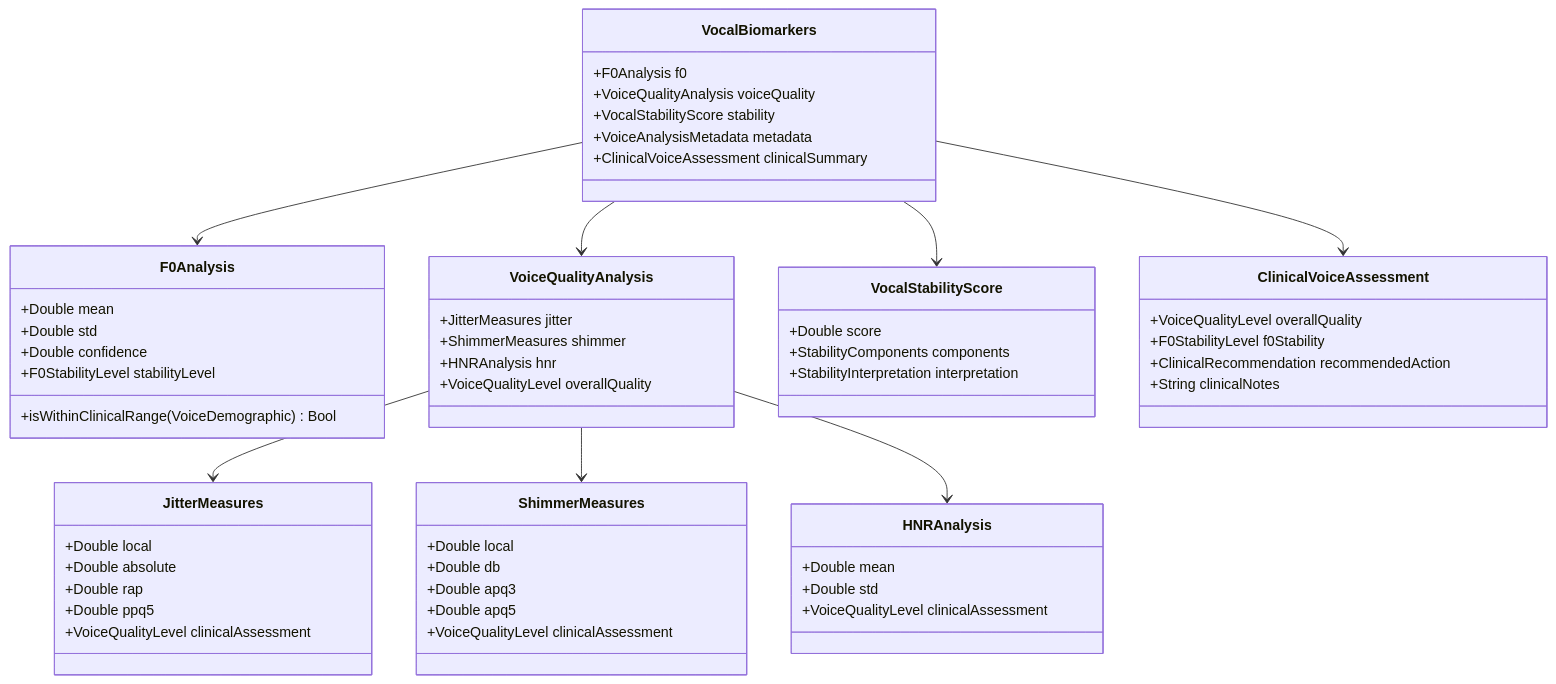
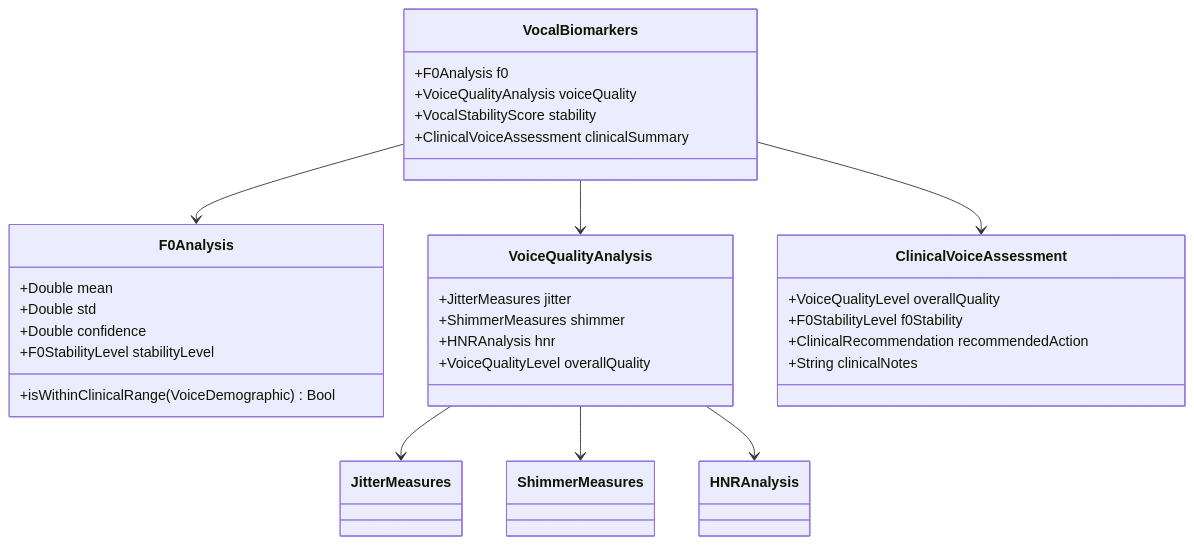
One commit to PoisonIvory/sage changed the fourth of 9 diagrams in ARCHITECTURE.md. Above: the diagram before and after it, drawn with Mermaid. The commit also changed other lines of this file, not shown here.

Commit message:
Streamline architecture documentation for executive clarity

````diff
--- a/ARCHITECTURE.md
+++ b/ARCHITECTURE.md
@@ -437,68 +120,38 @@
 ```mermaid
 classDiagram
     class VocalBiomarkers {
         +F0Analysis f0
         +VoiceQualityAnalysis voiceQuality
         +VocalStabilityScore stability
-        +VoiceAnalysisMetadata metadata
         +ClinicalVoiceAssessment clinicalSummary
     }
     
     class F0Analysis {
         +Double mean
         +Double std
         +Double confidence
         +F0StabilityLevel stabilityLevel
         +isWithinClinicalRange(VoiceDemographic) Bool
     }
     
     class VoiceQualityAnalysis {
         +JitterMeasures jitter
         +ShimmerMeasures shimmer
         +HNRAnalysis hnr
         +VoiceQualityLevel overallQuality
     }
     
-    class JitterMeasures {
-        +Double local
-        +Double absolute
-        +Double rap
-        +Double ppq5
-        +VoiceQualityLevel clinicalAssessment
-    }
-    
-    class ShimmerMeasures {
-        +Double local
-        +Double db
-        +Double apq3
-        +Double apq5
-        +VoiceQualityLevel clinicalAssessment
-    }
-    
-    class HNRAnalysis {
-        +Double mean
-        +Double std
-        +VoiceQualityLevel clinicalAssessment
-    }
-    
-    class VocalStabilityScore {
-        +Double score
-        +StabilityComponents components
-        +StabilityInterpretation interpretation
-    }
-    
     class ClinicalVoiceAssessment {
         +VoiceQualityLevel overallQuality
         +F0StabilityLevel f0Stability
         +ClinicalRecommendation recommendedAction
         +String clinicalNotes
     }
     
     VocalBiomarkers --> F0Analysis
     VocalBiomarkers --> VoiceQualityAnalysis
-    VocalBiomarkers --> VocalStabilityScore
     VocalBiomarkers --> ClinicalVoiceAssessment
     VoiceQualityAnalysis --> JitterMeasures
     VoiceQualityAnalysis --> ShimmerMeasures
     VoiceQualityAnalysis --> HNRAnalysis
 ```
````
